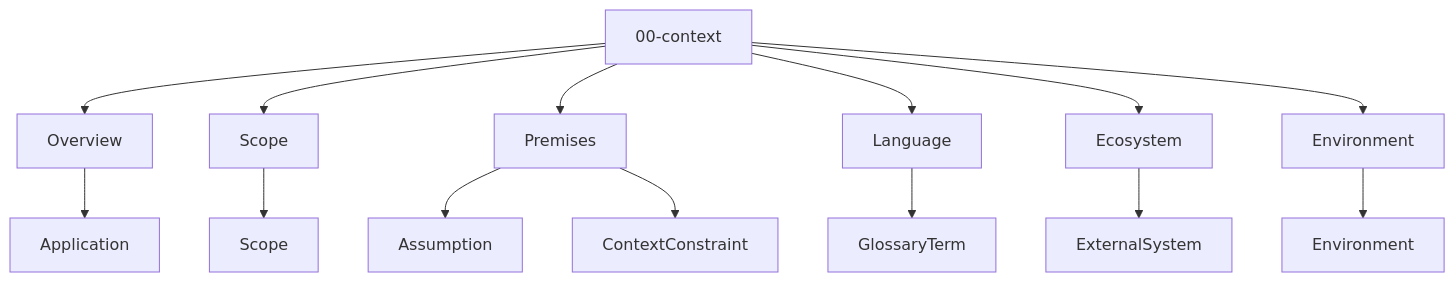
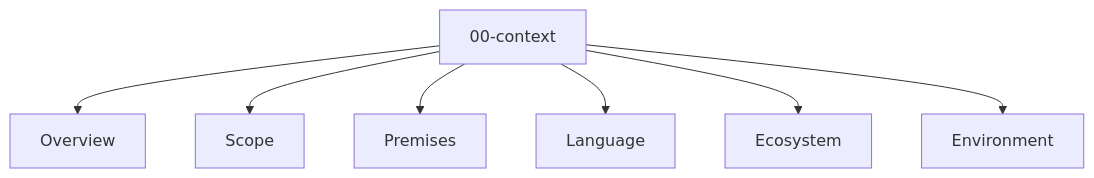
One commit to phuc10kn/task_transportor changed the diagram in docs/guide/reference/entity-maps/00-context.md. Above: the diagram before and after it, drawn with Mermaid. The commit also changed other lines of this file and 59 other files, not shown here.

````diff
--- a/docs/guide/reference/entity-maps/00-context.md
+++ b/docs/guide/reference/entity-maps/00-context.md
@@ -11,18 +11,10 @@
 ```mermaid
 flowchart TB
   Ctx[00-context]
   Ctx --> Overview
   Ctx --> ScopeC[Scope]
   Ctx --> Premises
   Ctx --> Language
   Ctx --> Ecosystem
   Ctx --> EnvironmentC[Environment]
-
-  Overview --> Application
-  ScopeC --> Scope
-  Premises --> Assumption
-  Premises --> ContextConstraint
-  Language --> GlossaryTerm
-  Ecosystem --> ExternalSystem
-  EnvironmentC --> Environment
 ```
````
